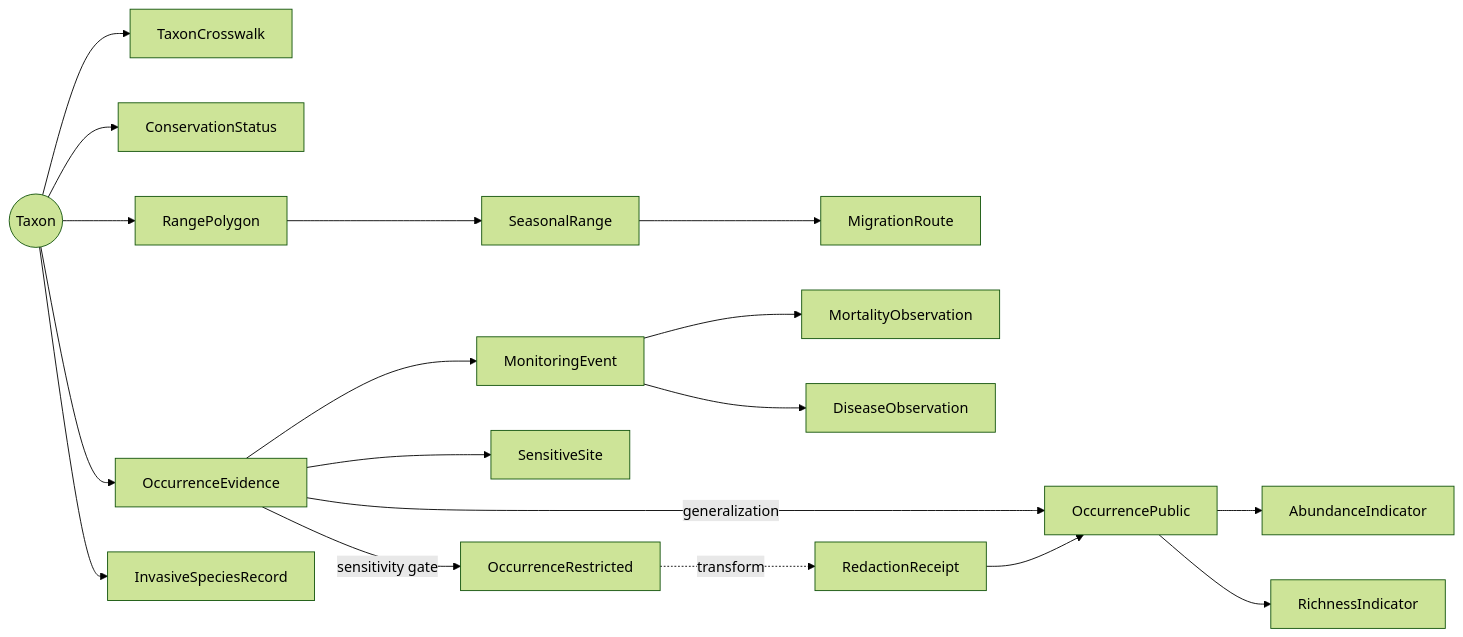
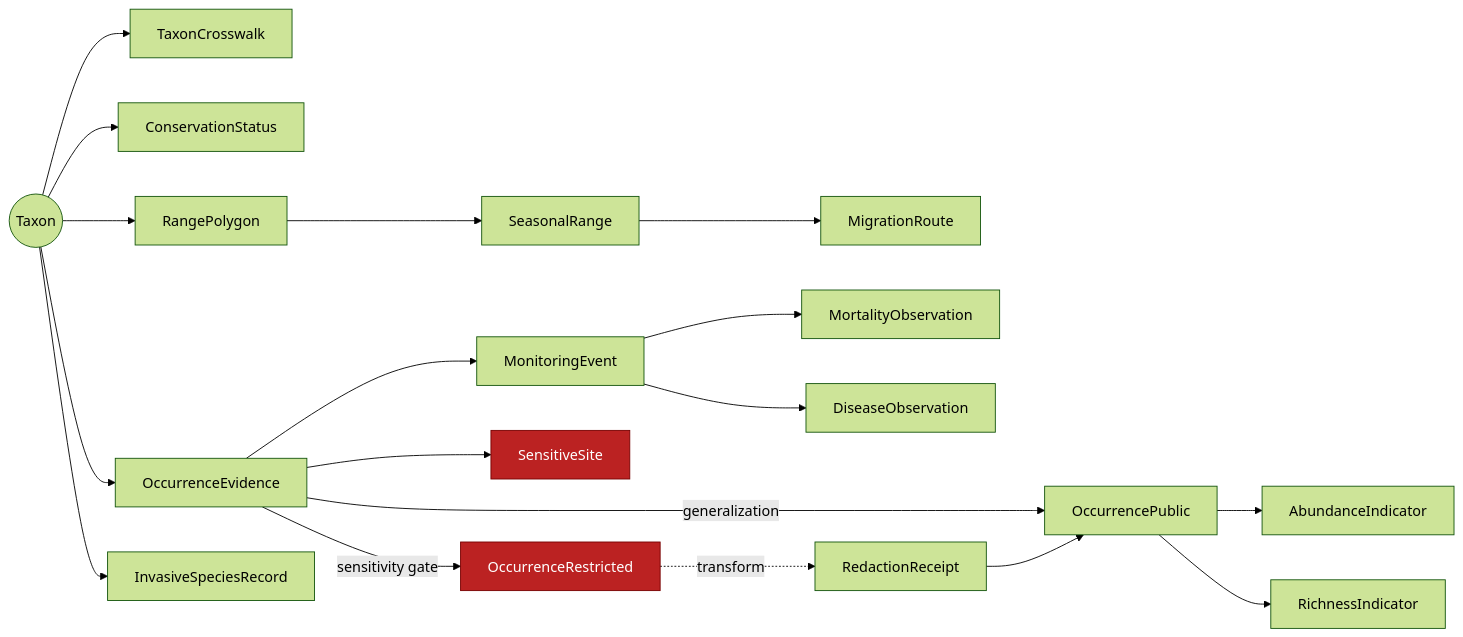
The first of 2 diagrams in docs/domains/fauna/ARCHITECTURE.md (bartytime4life/Kansas-Frontier-Matrix), drawn with Mermaid (forest theme) before and after one commit. The commit also changed other lines of this file, not shown here.

Commit message:
Update Fauna Domain Architecture document

````diff
--- a/docs/domains/fauna/ARCHITECTURE.md
+++ b/docs/domains/fauna/ARCHITECTURE.md
@@ -177,20 +179,22 @@
 ```mermaid
 flowchart LR
   Taxon((Taxon)) --> Crosswalk[TaxonCrosswalk]
   Taxon --> Cons[ConservationStatus]
   Taxon --> Range[RangePolygon]
   Range --> Seasonal[SeasonalRange]
   Seasonal --> Migration[MigrationRoute]
   Taxon --> Occ[OccurrenceEvidence]
   Occ -->|sensitivity gate| OccR[OccurrenceRestricted]
   Occ -->|generalization| OccP[OccurrencePublic]
   Occ --> Site[SensitiveSite]
   Occ --> Mon[MonitoringEvent]
   Mon --> Mort[MortalityObservation]
   Mon --> Dis[DiseaseObservation]
   Taxon --> Inv[InvasiveSpeciesRecord]
   OccP --> Abund[AbundanceIndicator]
   OccP --> Rich[RichnessIndicator]
   OccR -. transform .-> Red[RedactionReceipt]
   Red --> OccP
+  classDef deny fill:#b22,stroke:#700,color:#fff;
+  class Site,OccR deny;
 ```
````
